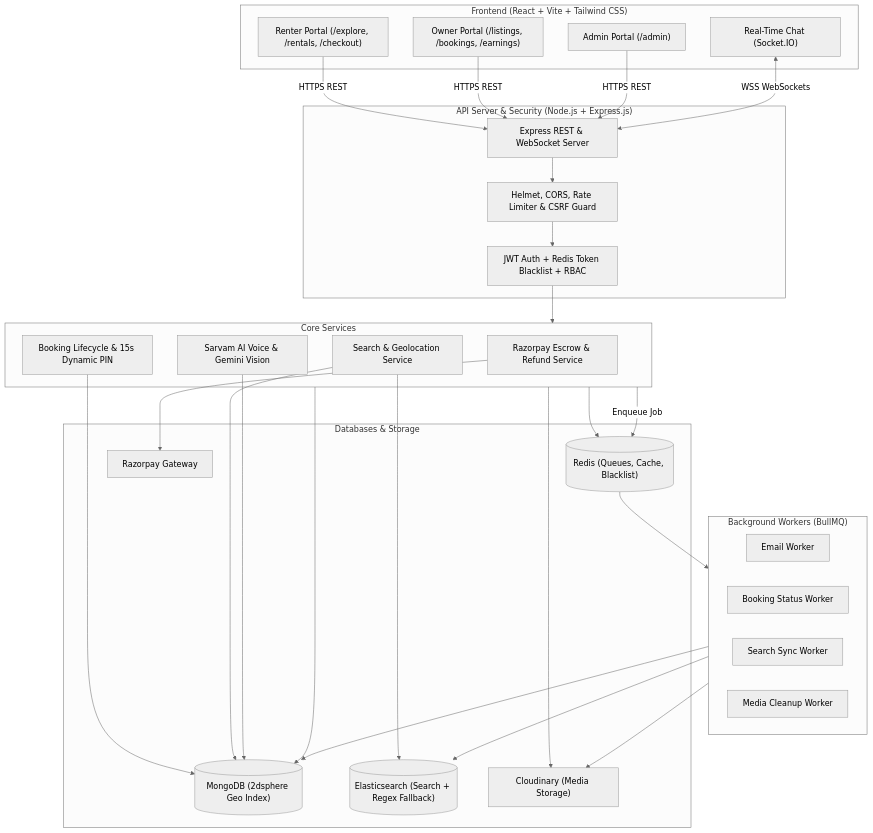
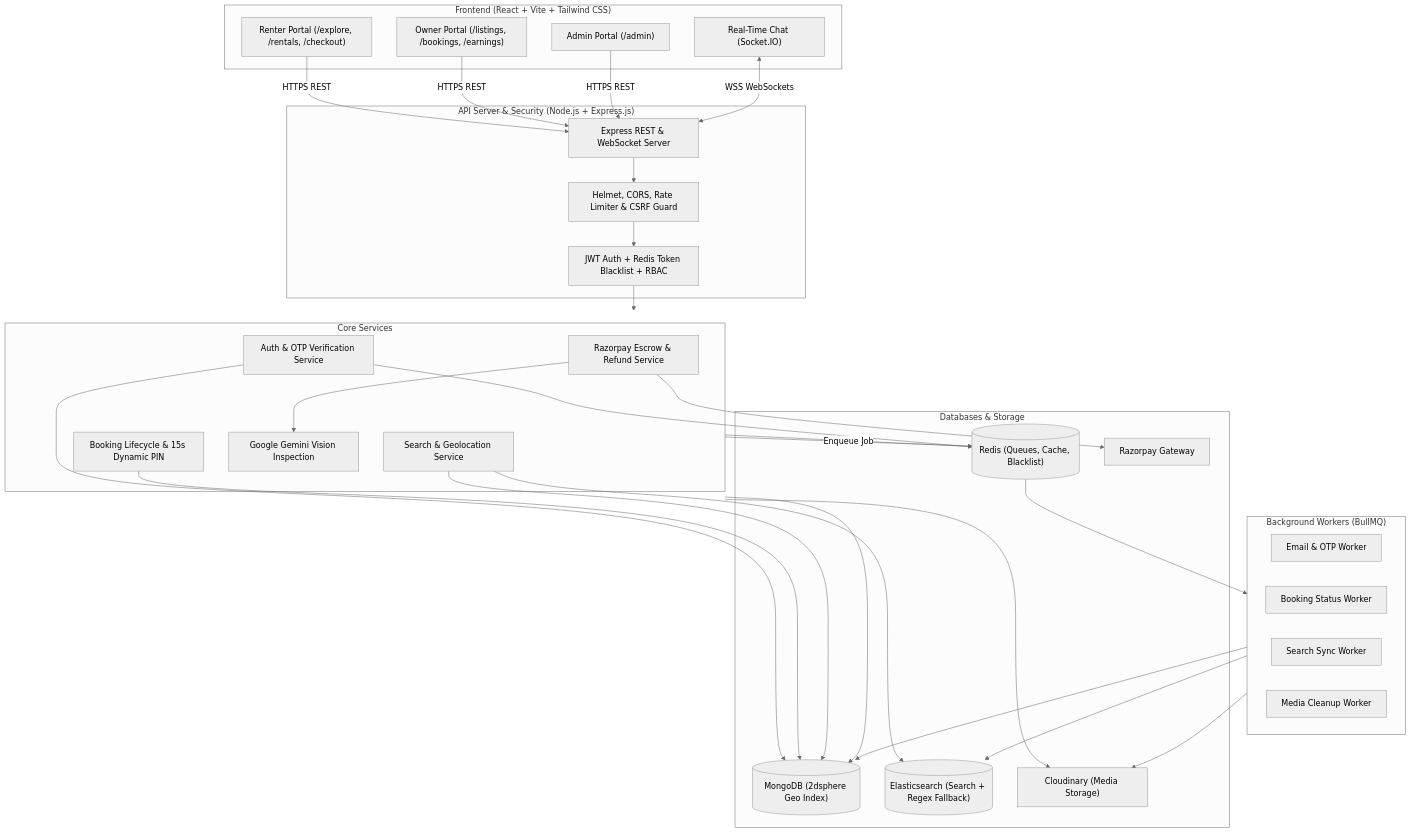
The first of 4 diagrams in ReadMe.md (priyanshuraj20/Rentora), drawn with Mermaid (neutral theme) before and after one commit. The commit also changed other lines of this file, not shown here.

Commit message:
docs: align ReadMe with actual auth OTP routes and remove Sarvam/OAuth

````diff
--- a/ReadMe.md
+++ b/ReadMe.md
@@ -28,62 +28,65 @@
 ```mermaid
 flowchart TD
     subgraph ClientLayer["Frontend (React + Vite + Tailwind CSS)"]
         UI_Renter["Renter Portal (/explore, /rentals, /checkout)"]
         UI_Owner["Owner Portal (/listings, /bookings, /earnings)"]
         UI_Admin["Admin Portal (/admin)"]
         UI_Chat["Real-Time Chat (Socket.IO)"]
     end
 
     subgraph Gateway["API Server & Security (Node.js + Express.js)"]
         Server["Express REST & WebSocket Server"]
         SecMid["Helmet, CORS, Rate Limiter & CSRF Guard"]
         AuthMid["JWT Auth + Redis Token Blacklist + RBAC"]
     end
 
     subgraph Services["Core Services"]
+        AuthSvc["Auth & OTP Verification Service"]
         BookingSvc["Booking Lifecycle & 15s Dynamic PIN"]
         PaymentSvc["Razorpay Escrow & Refund Service"]
         ExploreSvc["Search & Geolocation Service"]
-        VoiceSvc["Sarvam AI Voice & Gemini Vision"]
+        VisionSvc["Google Gemini Vision Inspection"]
     end
 
     subgraph DataLayer["Databases & Storage"]
         MongoDB[("MongoDB (2dsphere Geo Index)")]
         RedisDB[("Redis (Queues, Cache, Blacklist)")]
         ElasticDB[("Elasticsearch (Search + Regex Fallback)")]
         CloudinaryStore["Cloudinary (Media Storage)"]
         RazorpayVault["Razorpay Gateway"]
     end
 
     subgraph Workers["Background Workers (BullMQ)"]
-        EmailQ["Email Worker"]
+        EmailQ["Email & OTP Worker"]
         StatusQ["Booking Status Worker"]
         SyncQ["Search Sync Worker"]
         PhotoQ["Media Cleanup Worker"]
     end
 
     UI_Renter -->|HTTPS REST| Server
     UI_Owner -->|HTTPS REST| Server
     UI_Admin -->|HTTPS REST| Server
     UI_Chat <-->|WSS WebSockets| Server
 
     Server --> SecMid
     SecMid --> AuthMid
     AuthMid --> Services
 
+    AuthSvc --> MongoDB
+    AuthSvc --> RedisDB
     BookingSvc --> MongoDB
     PaymentSvc --> RazorpayVault
+    PaymentSvc --> VisionSvc
     ExploreSvc --> ElasticDB
     ExploreSvc --> MongoDB
-    VoiceSvc --> MongoDB
 
     Services --> MongoDB
     Services --> RedisDB
     Services --> CloudinaryStore
 
     Services -->|Enqueue Job| RedisDB
     RedisDB --> Workers
     Workers --> MongoDB
     Workers --> ElasticDB
     Workers --> CloudinaryStore
 ```
````
